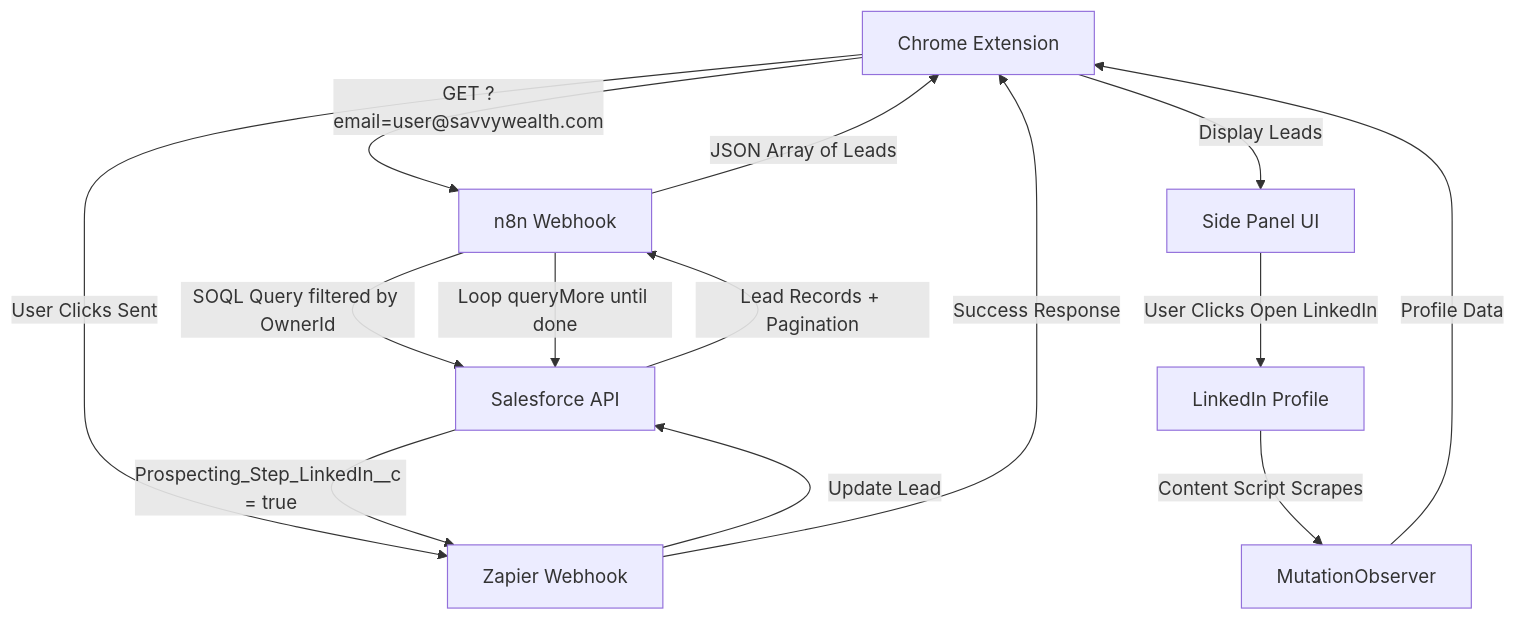
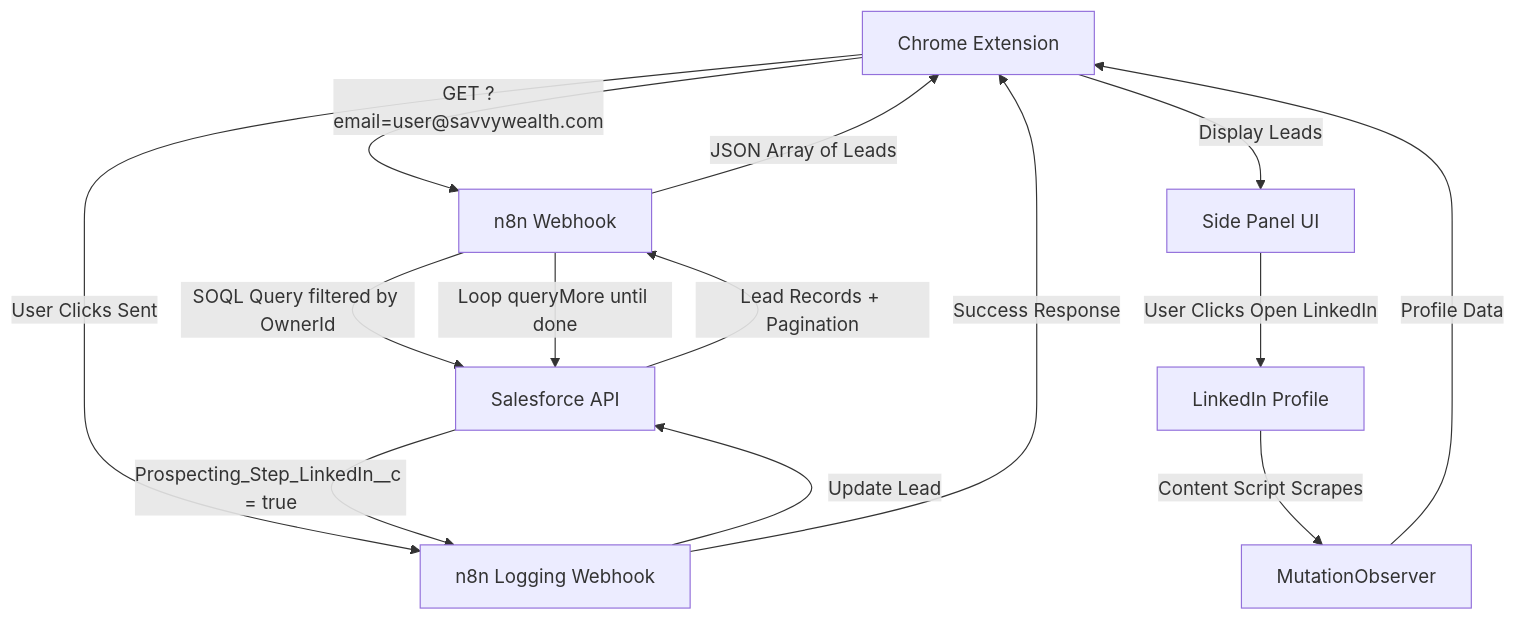
Before and after one commit to russellmoss/velocity-sidebar: the diagram in README.md, drawn with Mermaid. The commit also changed other lines of this file, not shown here.

First line of the commit message:
docs: Remove Zapier references, update to n8n-only architecture

````diff
--- a/README.md
+++ b/README.md
@@ -512,16 +512,16 @@
 ```mermaid
 graph TB
     A[Chrome Extension] -->|GET ?email=user@savvywealth.com| B[n8n Webhook]
     B -->|SOQL Query filtered by OwnerId| C[Salesforce API]
     C -->|Lead Records + Pagination| B
     B -->|Loop queryMore until done| C
     B -->|JSON Array of Leads| A
     A -->|Display Leads| D[Side Panel UI]
     D -->|User Clicks Open LinkedIn| E[LinkedIn Profile]
     E -->|Content Script Scrapes| F[MutationObserver]
     F -->|Profile Data| A
-    A -->|User Clicks Sent| G[Zapier Webhook]
+    A -->|User Clicks Sent| G[n8n Logging Webhook]
     G -->|Update Lead| C
     C -->|Prospecting_Step_LinkedIn__c = true| G
     G -->|Success Response| A
 ```
````
